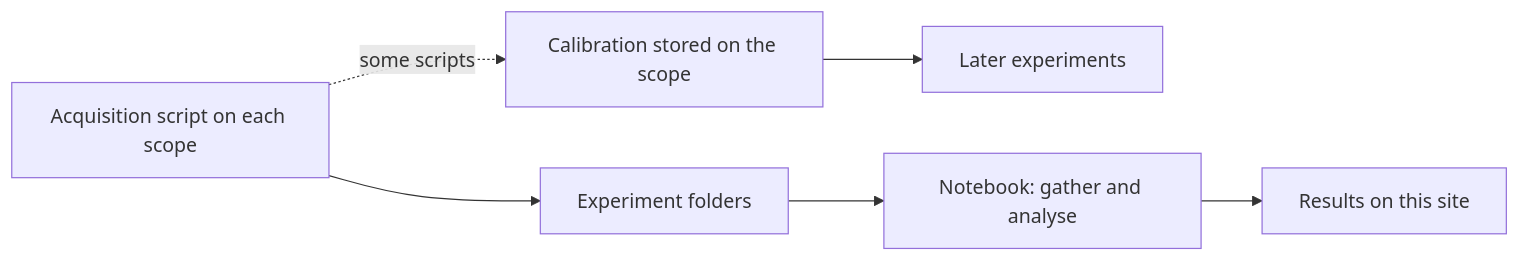
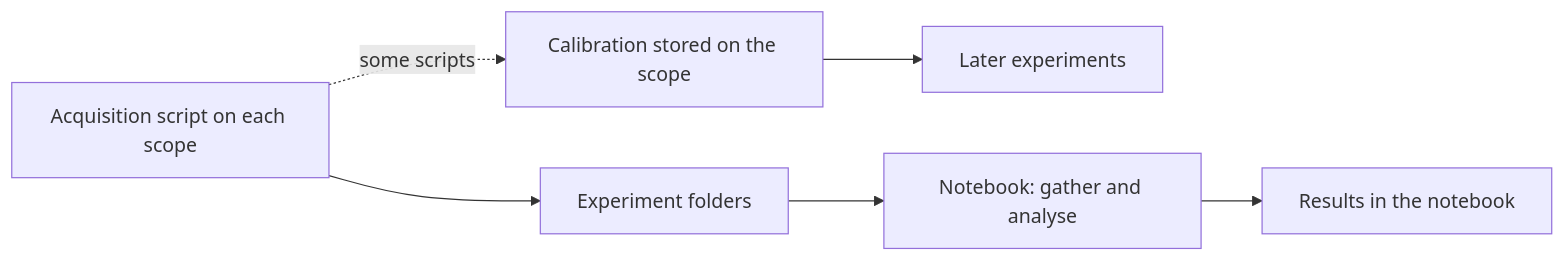
The diagram in docs/notes/calibration/index.md (Trappy-Scopes/trappyframe), drawn with Mermaid before and after one commit.

Commit message:
Calibrations diagram: results in the notebook

````diff
--- a/docs/notes/calibration/index.md
+++ b/docs/notes/calibration/index.md
@@ -9,8 +9,8 @@
 ```mermaid
 flowchart LR
     A[Acquisition script on each scope] --> E[Experiment folders]
     A -. some scripts .-> L[Calibration stored on the scope]
     L --> X[Later experiments]
     E --> N[Notebook: gather and analyse]
-    N --> R[Results on this site]
+    N --> R[Results in the notebook]
 ```
````
